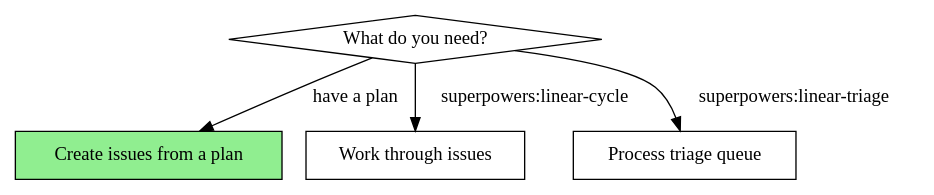
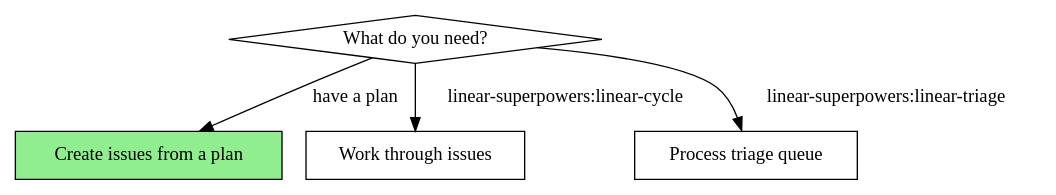
One commit to prokizzle/linear-superpowers changed the first of 2 diagrams in skills/linear-cowork/SKILL.md. Above: the diagram before and after it, drawn with Graphviz. The commit also changed other lines of this file and 15 other files, not shown here.

First line of the commit message:
Scope all skill references to linear-superpowers namespace

````diff
--- a/skills/linear-cowork/SKILL.md
+++ b/skills/linear-cowork/SKILL.md
@@ -20,12 +20,12 @@
 ```dot
 digraph when_to_use {
     "What do you need?" [shape=diamond];
     "Create issues from a plan" [shape=box style=filled fillcolor=lightgreen];
     "Work through issues" [shape=box];
     "Process triage queue" [shape=box];
 
     "What do you need?" -> "Create issues from a plan" [label="have a plan"];
-    "What do you need?" -> "Work through issues" [label="superpowers:linear-cycle"];
-    "What do you need?" -> "Process triage queue" [label="superpowers:linear-triage"];
+    "What do you need?" -> "Work through issues" [label="linear-superpowers:linear-cycle"];
+    "What do you need?" -> "Process triage queue" [label="linear-superpowers:linear-triage"];
 }
 ```
````
